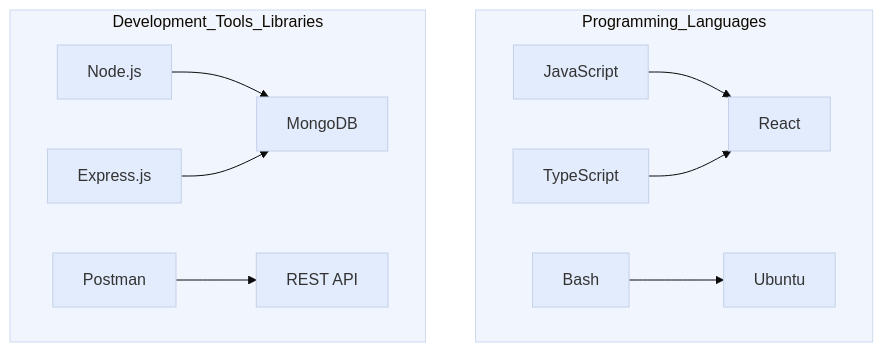
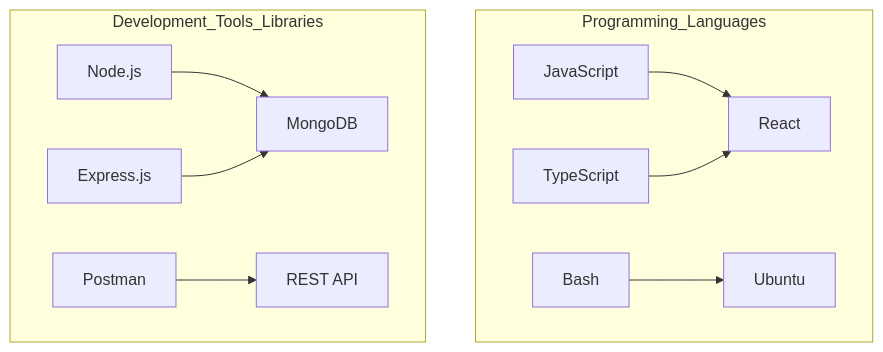
One commit to alejandroo-pc/alejandroo-pc changed the diagram in README.md. Above: the diagram before and after it, drawn with Mermaid.

````diff
--- a/README.md
+++ b/README.md
@@ -11,23 +11,15 @@
 ```mermaid
-%%{
-  init: {
-    'theme': 'base',
-    'themeVariables': {
-      'primaryColor': '#E3ECFD',
-      'tertiaryColor': '#F0F5FE'
-    }
-  }
-}%%
+%%{init: {'theme':'base'}, 'flowchart': {'navigation': false}}%%
 graph TD;
     subgraph Programming_Languages
         A[JavaScript] --> B[React]
         C[TypeScript] --> B[React]
         D[Bash] --> E[Ubuntu]
     end
 
     subgraph Development_Tools_Libraries
         F[Node.js] --> G[MongoDB]
         H[Express.js] --> G[MongoDB]
         I[Postman] --> J[REST API]
     end
 ```
````
